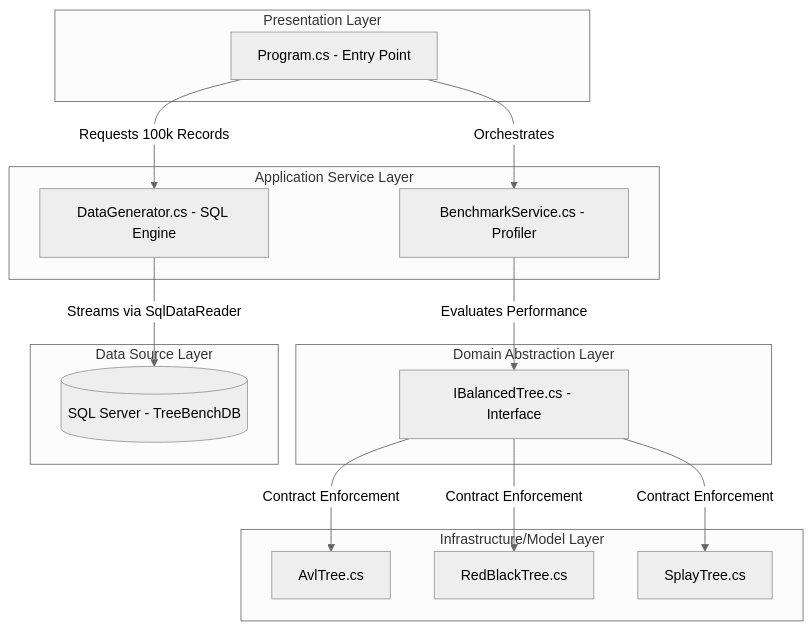
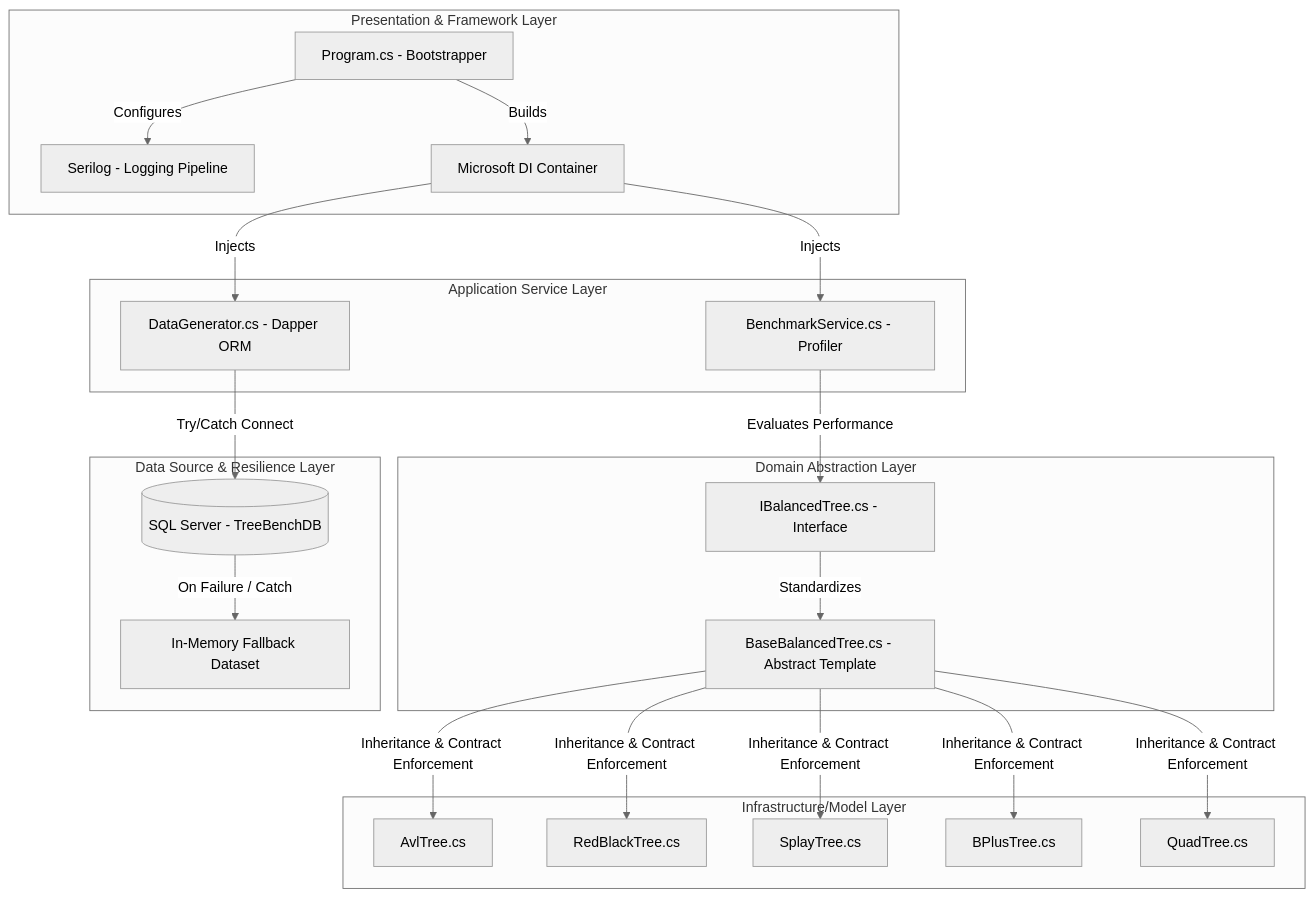
The first of 4 diagrams in README.md (EgeSul/TreeBench.BR), drawn with Mermaid (neutral theme) before and after one commit. The commit also changed other lines of this file, not shown here.

First line of the commit message:
Revise README for TreeBench v2.0 features and structure

````diff
--- a/README.md
+++ b/README.md
@@ -49,36 +51,48 @@
 ```mermaid
 
 graph TD
 
-    subgraph Presentation Layer
-        A[Program.cs - Entry Point]
+    subgraph Presentation & Framework Layer
+        A[Program.cs - Bootstrapper]
+        S[Serilog - Logging Pipeline]
+        IoC[Microsoft DI Container]
     end
     
     subgraph Application Service Layer
         B[BenchmarkService.cs - Profiler]
-        C[DataGenerator.cs - SQL Engine]
+        C[DataGenerator.cs - Dapper ORM]
     end
-
+    
     subgraph Domain Abstraction Layer
         D[IBalancedTree.cs - Interface]
+        Base[BaseBalancedTree.cs - Abstract Template]
     end
-
+    
     subgraph Infrastructure/Model Layer
         E[AvlTree.cs]
         F[RedBlackTree.cs]
         G[SplayTree.cs]
+        I[BPlusTree.cs]
+        J[QuadTree.cs]
+    end
+    
+    subgraph Data Source & Resilience Layer
+        H[(SQL Server - TreeBenchDB)]
+        FB[In-Memory Fallback Dataset]
     end
 
-    subgraph Data Source Layer
-        H[(SQL Server - TreeBenchDB)]
-    end
-
-    A -->|Orchestrates| B
-    A -->|Requests 100k Records| C
-    C -->|Streams via SqlDataReader| H
+    A -->|Configures| S
+    A -->|Builds| IoC
+    IoC -->|Injects| B
+    IoC -->|Injects| C
+    C -->|Try/Catch Connect| H
+    H -->|On Failure / Catch| FB
     B -->|Evaluates Performance| D
-    D -->|Contract Enforcement| E
-    D -->|Contract Enforcement| F
-    D -->|Contract Enforcement| G
+    D -->|Standardizes| Base
+    Base -->|Inheritance & Contract Enforcement| E
+    Base -->|Inheritance & Contract Enforcement| F
+    Base -->|Inheritance & Contract Enforcement| G
+    Base -->|Inheritance & Contract Enforcement| I
+    Base -->|Inheritance & Contract Enforcement| J
 
 ```
````
